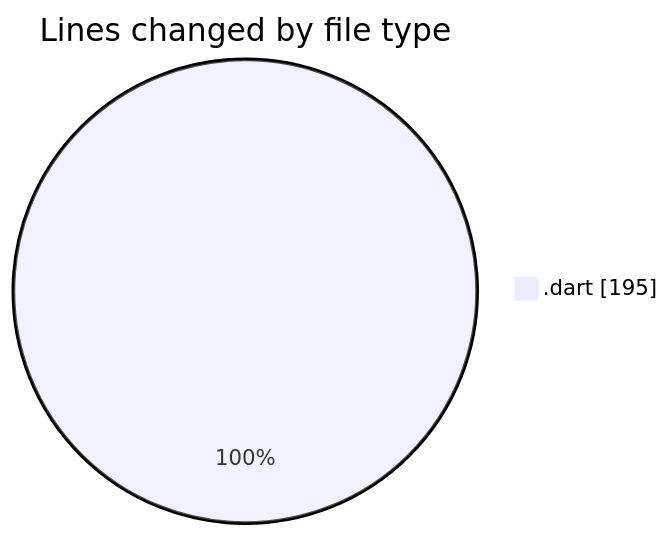
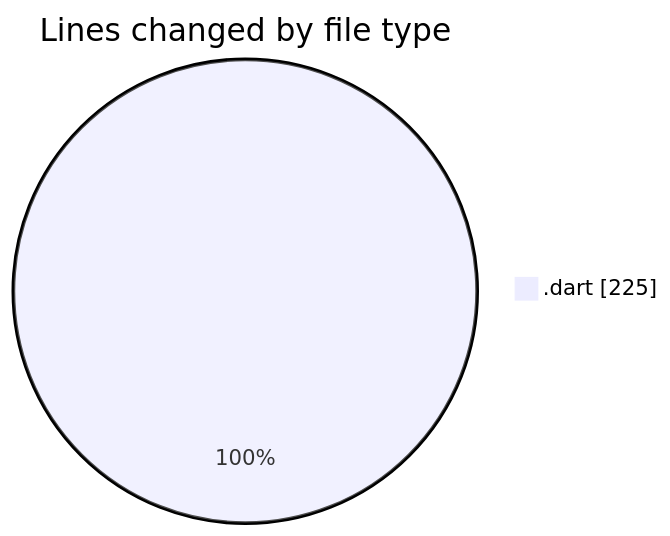
Before and after one commit to donsfak/code-tracking: the first of 2 diagrams in 2025-01-14/trackers_app/README.md, drawn with Mermaid. The commit also changed other lines of this file and 1 other file, not shown here.

````diff
--- a/2025-01-14/trackers_app/README.md
+++ b/2025-01-14/trackers_app/README.md
@@ -21,5 +23,5 @@
 ```mermaid
 pie showData
 title Lines changed by file type
-".dart" : 195
+".dart" : 225
 ```
````
